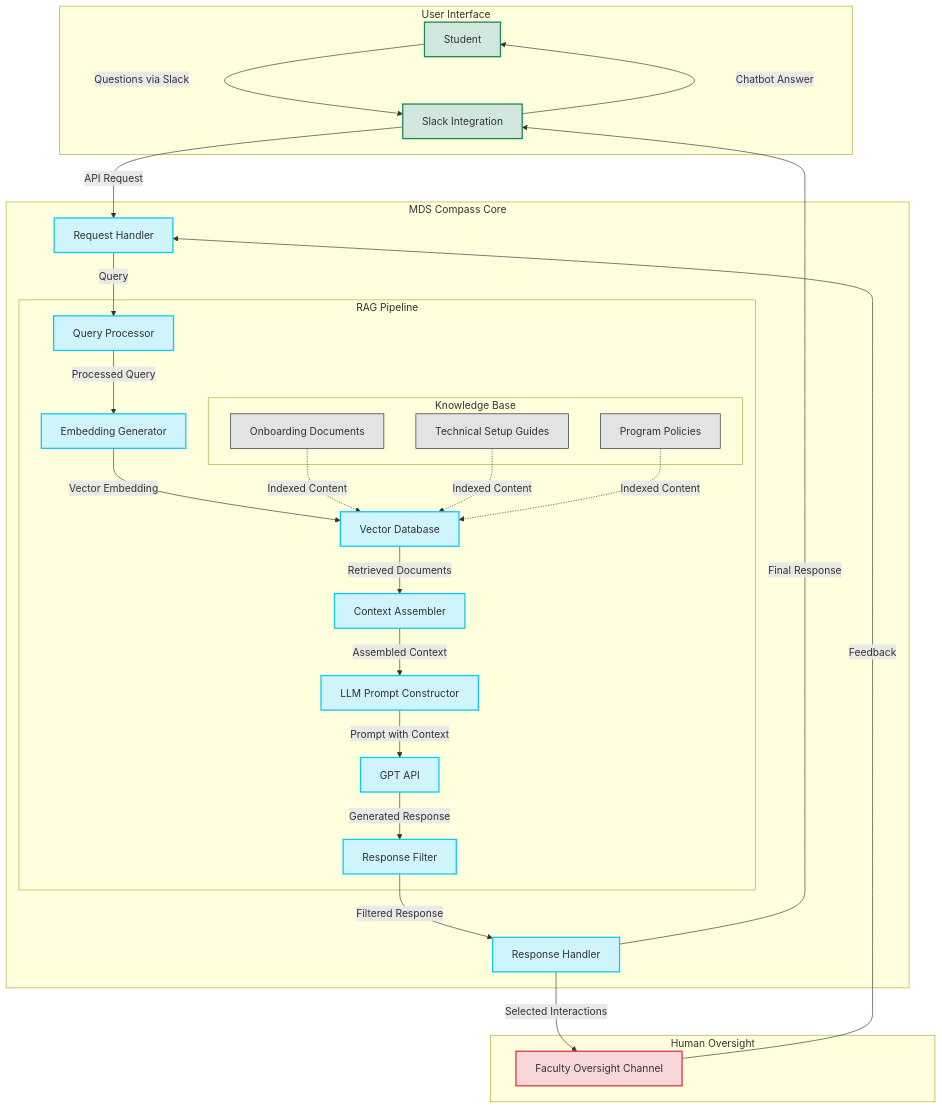
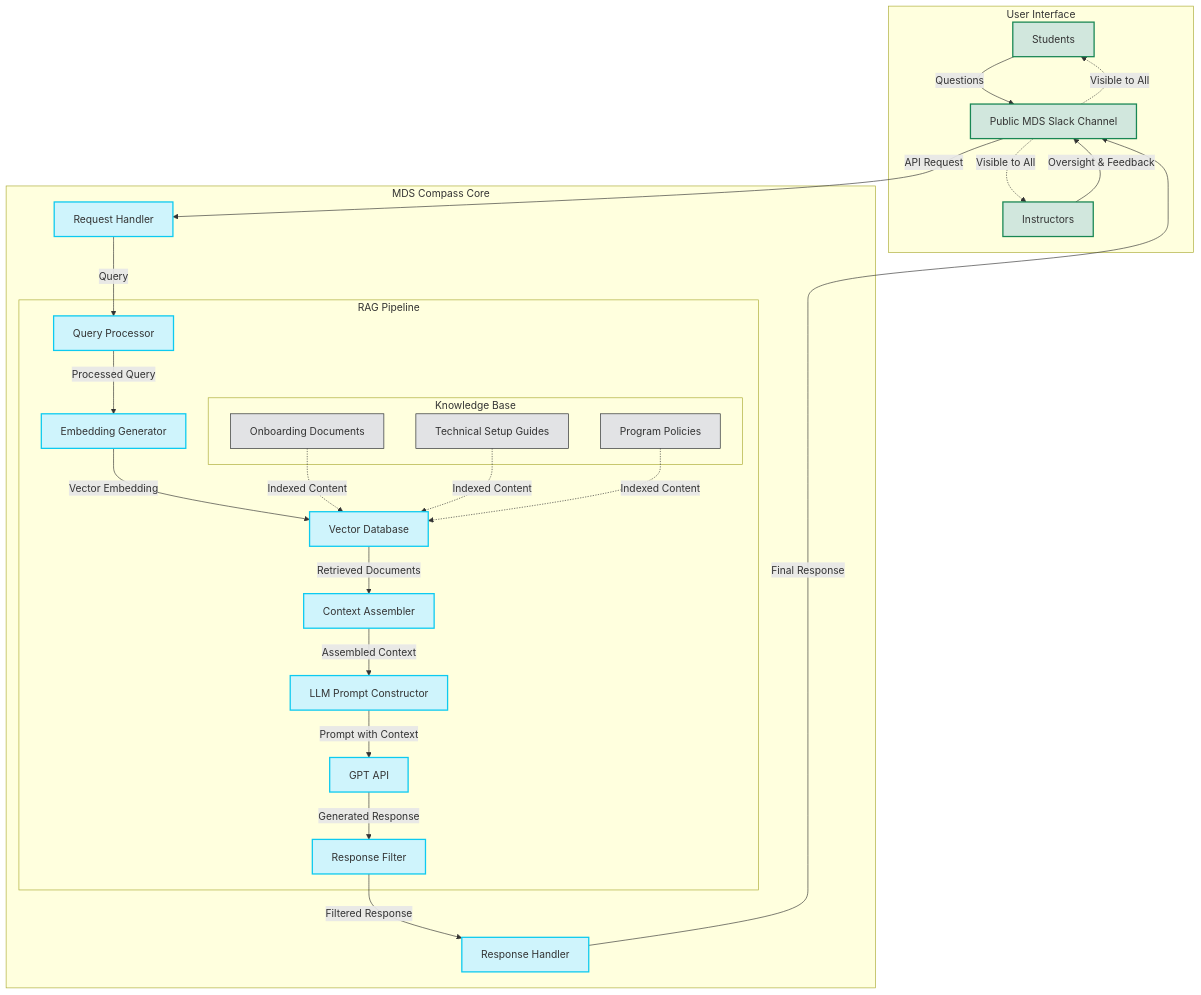
The diagram in README.md (andytai7/MDS-Compass), drawn with Mermaid before and after one commit. The commit also changed other lines of this file, not shown here.

````diff
--- a/README.md
+++ b/README.md
@@ -155,51 +156,47 @@
 ```mermaid
 flowchart TD;
     subgraph "User Interface"
-        A[Student] -->|Questions via Slack| B[Slack Integration]
+        A[Students] -->|Questions| B[Public MDS Slack Channel]
+        I1[Instructors] -->|Oversight & Feedback| B
     end
     
     subgraph "MDS Compass Core"
         B -->|API Request| C[Request Handler]
         C -->|Query| D[Query Processor]
         
         subgraph "RAG Pipeline"
             D -->|Processed Query| E[Embedding Generator]
             E -->|Vector Embedding| F[Vector Database]
             F -->|Retrieved Documents| G[Context Assembler]
             
             subgraph "Knowledge Base"
                 KB1[Onboarding Documents]
                 KB2[Technical Setup Guides]
                 KB3[Program Policies]
             end
             
             KB1 -.->|Indexed Content| F
             KB2 -.->|Indexed Content| F
             KB3 -.->|Indexed Content| F
             
             G -->|Assembled Context| H[LLM Prompt Constructor]
             H -->|Prompt with Context| I[GPT API]
             I -->|Generated Response| J[Response Filter]
         end
         
         J -->|Filtered Response| K[Response Handler]
     end
     
-    subgraph "Human Oversight"
-        K -->|Selected Interactions| L[Faculty Oversight Channel]
-        L -->|Feedback| C
-    end
-    
     K -->|Final Response| B
-    B -->|Chatbot Answer| A
+    B -.->|Visible to All| A
+    B -.->|Visible to All| I1
 
     classDef primary fill:#d1e7dd,stroke:#198754,stroke-width:2px
     classDef secondary fill:#cff4fc,stroke:#0dcaf0,stroke-width:2px
     classDef tertiary fill:#f8d7da,stroke:#dc3545,stroke-width:2px
     classDef knowledge fill:#e2e3e5,stroke:#212529,stroke-width:1px
     
-    class A,B primary
+    class A,B,I1 primary
     class C,D,E,F,G,H,I,J,K secondary
-    class L tertiary
     class KB1,KB2,KB3 knowledge
 ```
````
